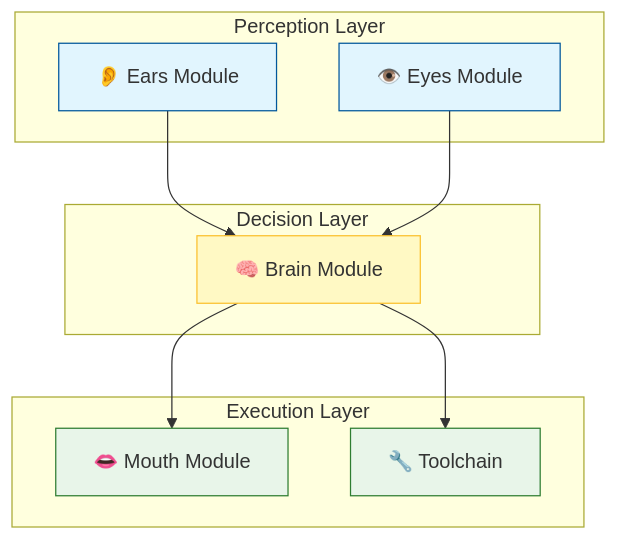
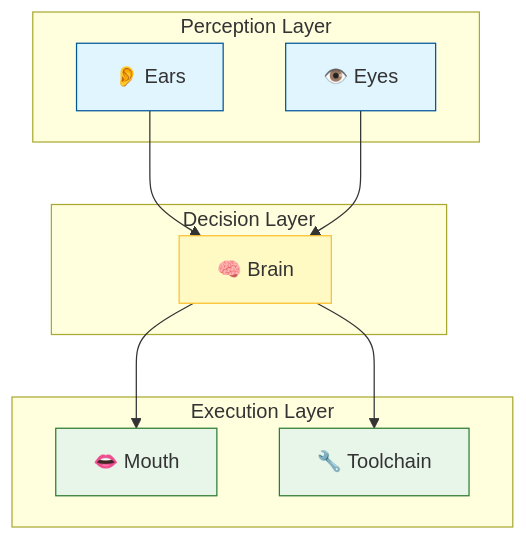
One commit to DakeQQ/DakeQQ-Roadmap-Development-Plan changed the third of 8 diagrams in README.md. Above: the diagram before and after it, drawn with Mermaid. The commit also changed other lines of this file, not shown here.

````diff
--- a/README.md
+++ b/README.md
@@ -81,25 +81,25 @@
 ```mermaid
 flowchart TB
     subgraph Perception Layer
-        Ears[👂 Ears Module]:::sensor
-        Eyes[👁️ Eyes Module]:::sensor
+        Ears[👂 Ears ]:::sensor
+        Eyes[👁️ Eyes ]:::sensor
     end
     
     subgraph Decision Layer
-        Brain[🧠 Brain Module]:::core
+        Brain[🧠 Brain ]:::core
     end
     
     subgraph Execution Layer
-        Mouth[👄 Mouth Module]:::actuator
+        Mouth[👄 Mouth ]:::actuator
         Tools[🔧 Toolchain]:::actuator
     end
     
     Ears --> Brain
     Eyes --> Brain
     Brain --> Mouth
     Brain --> Tools
     
     classDef sensor fill:#e1f5fe,stroke:#01579b
     classDef core fill:#fff9c4,stroke:#fbc02d
     classDef actuator fill:#e8f5e9,stroke:#2e7d32
 ```
````
